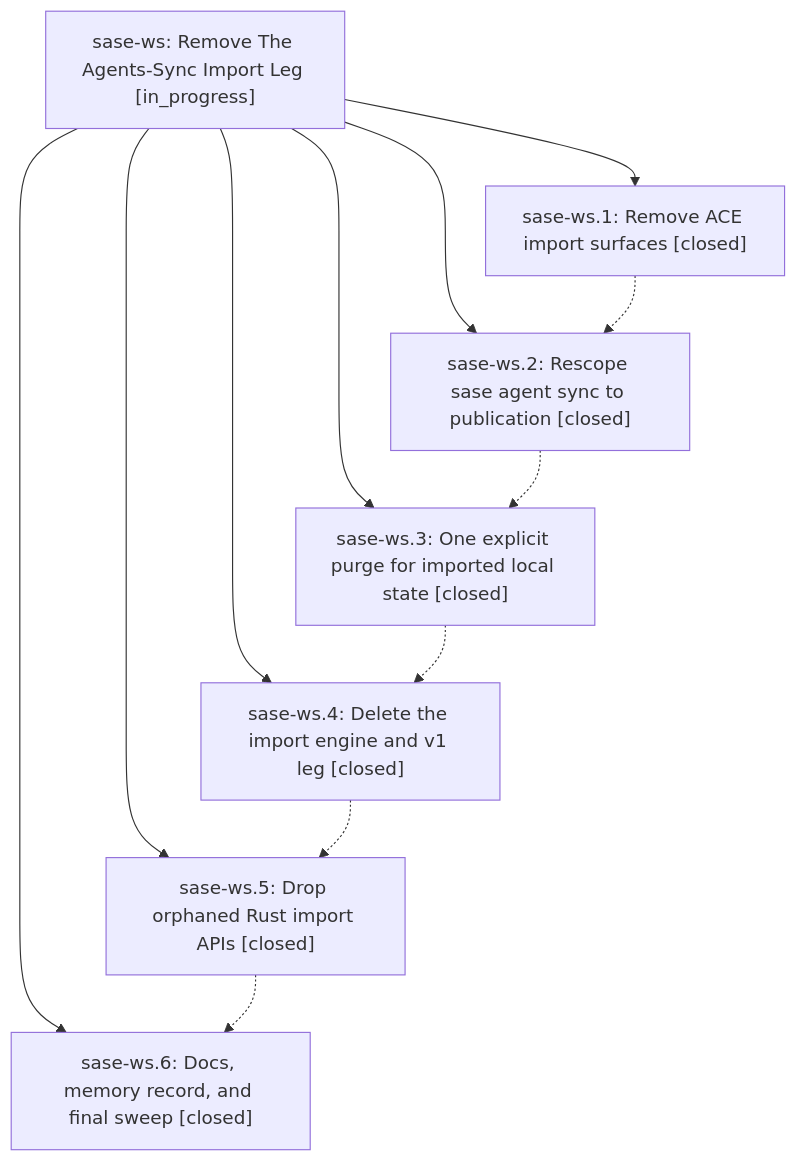
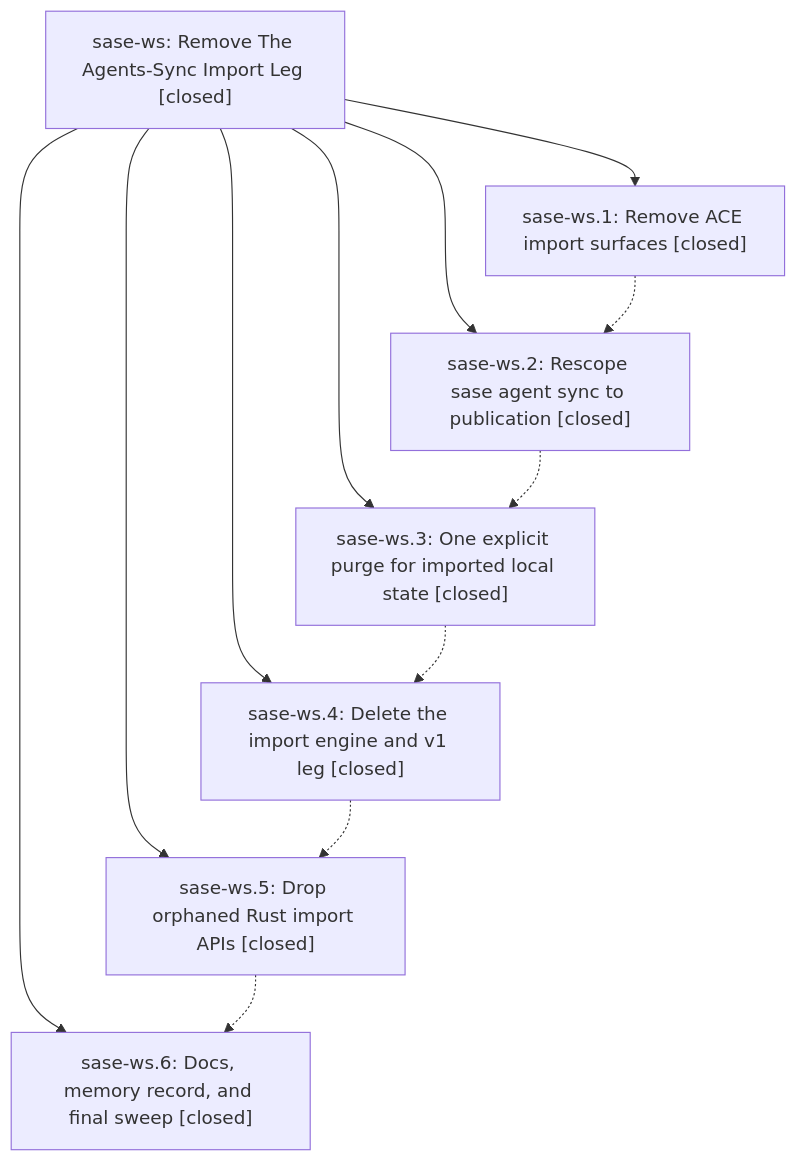
Before and after one commit to sase-org/sase--beads: the diagram in pages/sase-ws/README.md, drawn with Mermaid. The commit also changed other lines of this file, not shown here.

First line of the commit message:
chore(beads): sync bead state and pages for sase-ws

````diff
--- a/pages/sase-ws/README.md
+++ b/pages/sase-ws/README.md
@@ -45,21 +50,21 @@
 ```mermaid
 flowchart TD
-    n0["sase-ws: Remove The Agents-Sync Import Leg [in_progress]"]
+    n0["sase-ws: Remove The Agents-Sync Import Leg [closed]"]
     n1["sase-ws.1: Remove ACE import surfaces [closed]"]
     n2["sase-ws.2: Rescope sase agent sync to publication [closed]"]
     n3["sase-ws.3: One explicit purge for imported local state [closed]"]
     n4["sase-ws.4: Delete the import engine and v1 leg [closed]"]
     n5["sase-ws.5: Drop orphaned Rust import APIs [closed]"]
     n6["sase-ws.6: Docs, memory record, and final sweep [closed]"]
     n0 --> n1
     n0 --> n2
     n0 --> n3
     n0 --> n4
     n0 --> n5
     n0 --> n6
     n1 -.-> n2
     n2 -.-> n3
     n3 -.-> n4
     n4 -.-> n5
     n5 -.-> n6
 ```
````
